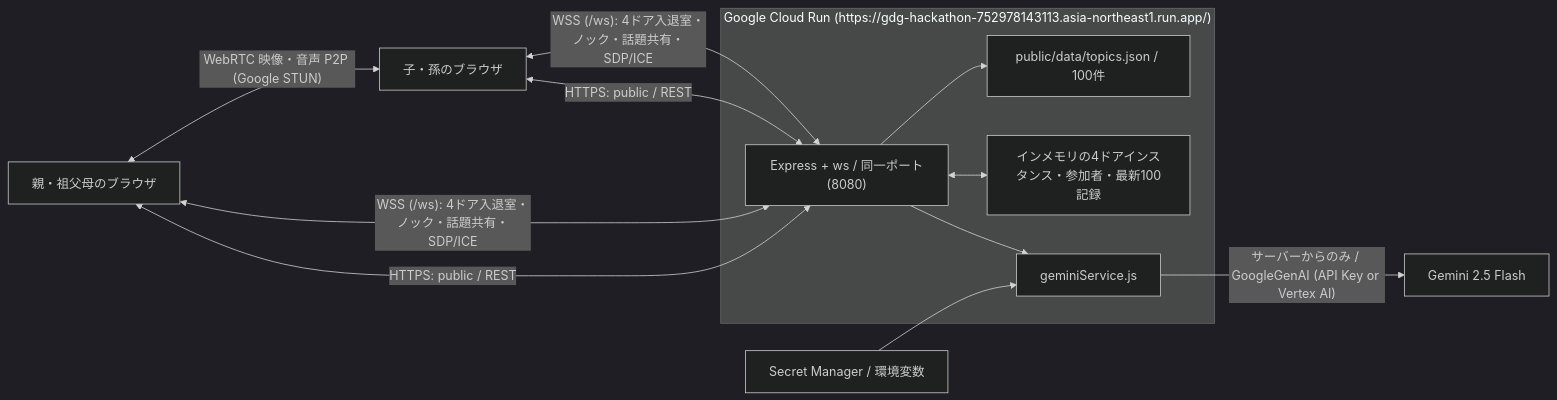
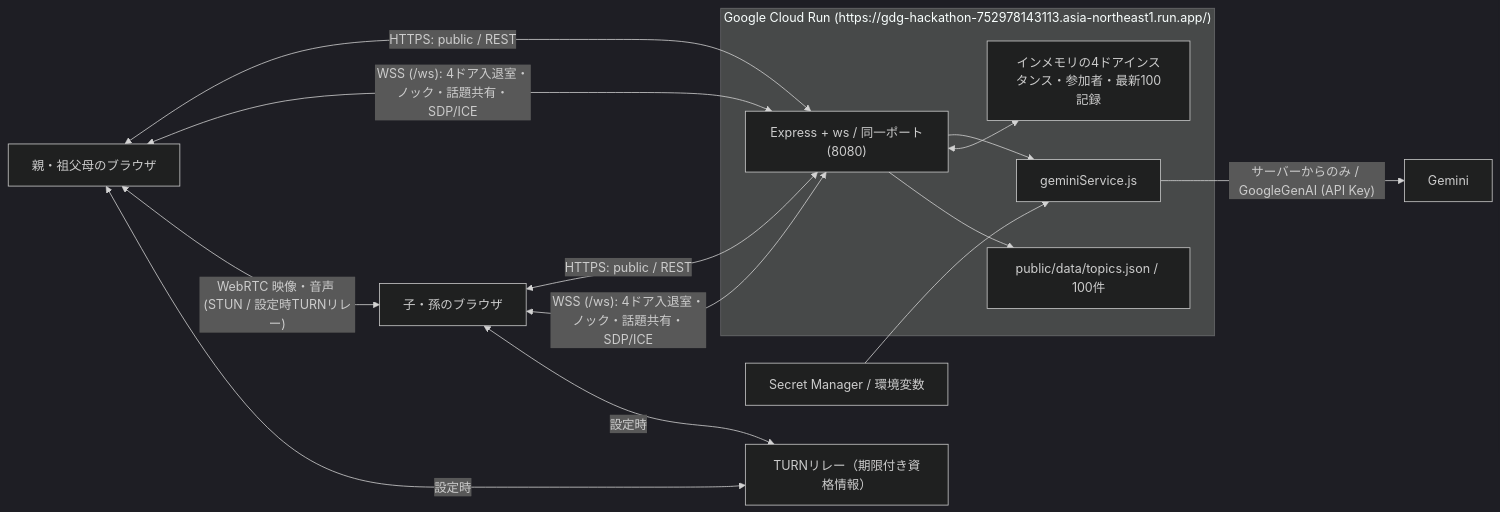
Before and after one commit to Devfest-Hackathon-2026/df-2026-t043: the diagram in ARCHITECTURE.md, drawn with Mermaid (dark theme). The commit also changed other lines of this file and 19 other files, not shown here.

````diff
--- a/ARCHITECTURE.md
+++ b/ARCHITECTURE.md
@@ -13,16 +13,18 @@
 ```mermaid
 flowchart LR
   A["親・祖父母のブラウザ"] <-->|"HTTPS: public / REST"| R
   B["子・孫のブラウザ"] <-->|"HTTPS: public / REST"| R
   A <-->|"WSS (/ws): 4ドア入退室・ノック・話題共有・SDP/ICE"| R
   B <-->|"WSS (/ws): 4ドア入退室・ノック・話題共有・SDP/ICE"| R
   subgraph CloudRun["Google Cloud Run (https://gdg-hackathon-752978143113.asia-northeast1.run.app/)"]
     R["Express + ws / 同一ポート(8080)"]
     R --> S["geminiService.js"]
     R <--> M["インメモリの4ドアインスタンス・参加者・最新100記録"]
     R --> T["public/data/topics.json / 100件"]
   end
-  S -->|"サーバーからのみ / GoogleGenAI (API Key or Vertex AI)"| G["Gemini 2.5 Flash"]
+  S -->|"サーバーからのみ / GoogleGenAI (API Key)"| G["Gemini"]
   K["Secret Manager / 環境変数"] --> S
-  A <-->|"WebRTC 映像・音声 P2P (Google STUN)"| B
+  A <-->|"WebRTC 映像・音声 (STUN / 設定時TURNリレー)"| B
+  A <-->|"設定時"| TURN["TURNリレー（期限付き資格情報）"]
+  B <-->|"設定時"| TURN
 ```
````
